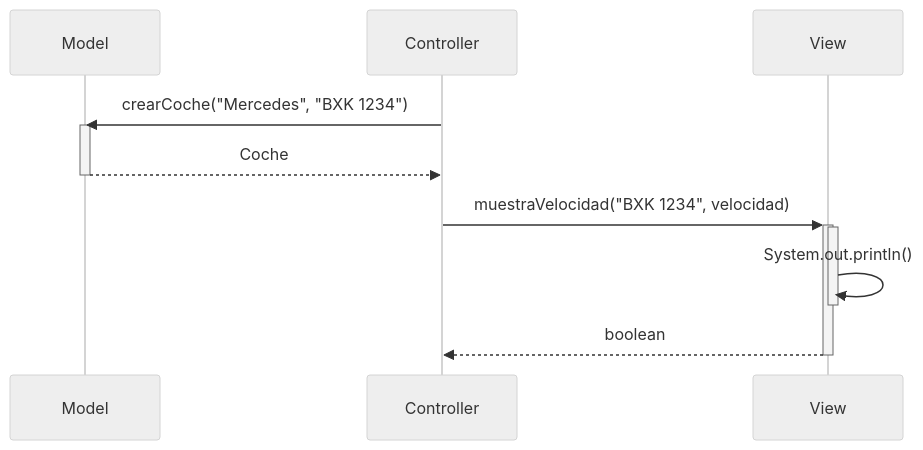
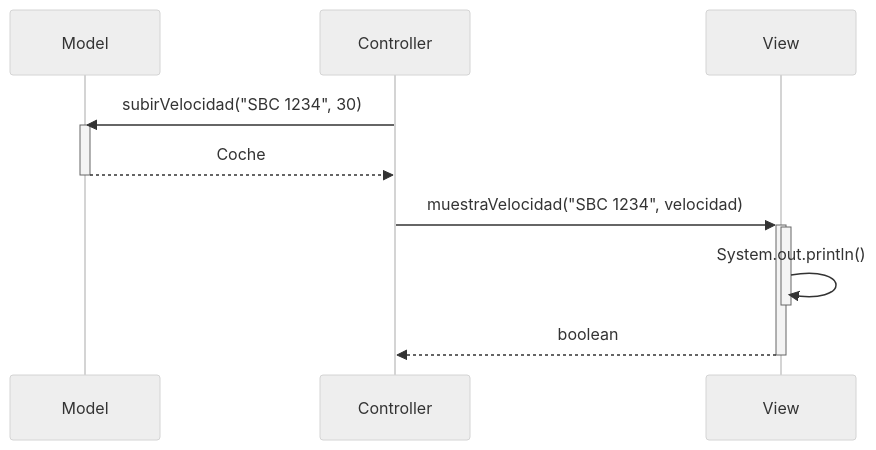
One commit to damiancastelao/MVC_coches_solucion changed the third of 3 diagrams in Readme.md. Above: the diagram before and after it, drawn with Mermaid (neutral theme).

Commit message:
DiagramaSecuencia métodos

````diff
--- a/Readme.md
+++ b/Readme.md
@@ -58,15 +58,15 @@
 ```mermaid
 sequenceDiagram
     participant Model
     participant Controller
     participant View
-    Controller->>Model: crearCoche("Mercedes", "BXK 1234")
+    Controller->>Model: subirVelocidad("SBC 1234", 30)
     activate Model
     Model-->>Controller: Coche
     deactivate Model
-    Controller->>+View: muestraVelocidad("BXK 1234", velocidad)
+    Controller->>+View: muestraVelocidad("SBC 1234", velocidad)
     activate View
     View->>-View: System.out.println()
     View-->>Controller: boolean
     deactivate View
 ```
````
